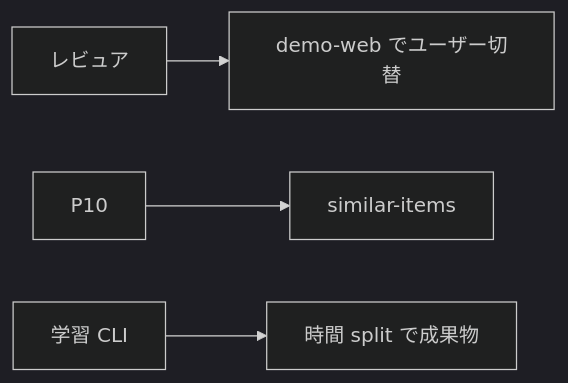
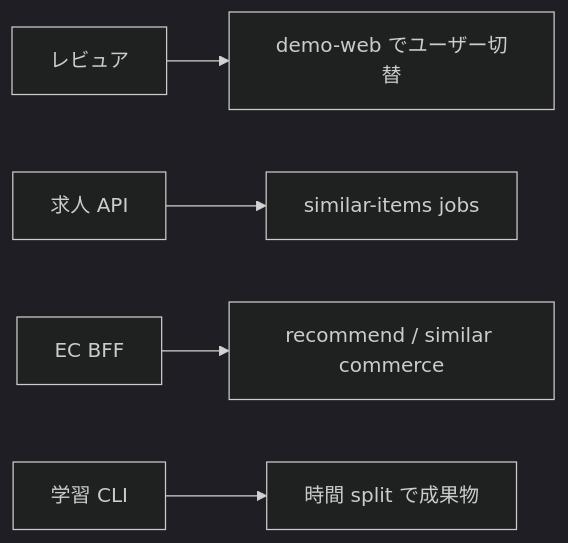
The first of 3 diagrams in portfolio-plan/recommend/docs/06-diagrams.md (maeplego/portfolio-plan), drawn with Mermaid (dark theme) before and after one commit. The commit also changed other lines of this file and 111 other files, not shown here.

````diff
--- a/portfolio-plan/recommend/docs/06-diagrams.md
+++ b/portfolio-plan/recommend/docs/06-diagrams.md
@@ -11,6 +21,7 @@
 ```mermaid
 flowchart LR
   Rev[レビュア] --> UC1[demo-web でユーザー切替]
-  P10[P10] --> UC2[similar-items]
-  Train[学習 CLI] --> UC3[時間 split で成果物]
+  Talent[求人 API] --> UC2[similar-items jobs]
+  Shop[EC BFF] --> UC3[recommend / similar commerce]
+  Train[学習 CLI] --> UC4[時間 split で成果物]
 ```
````
